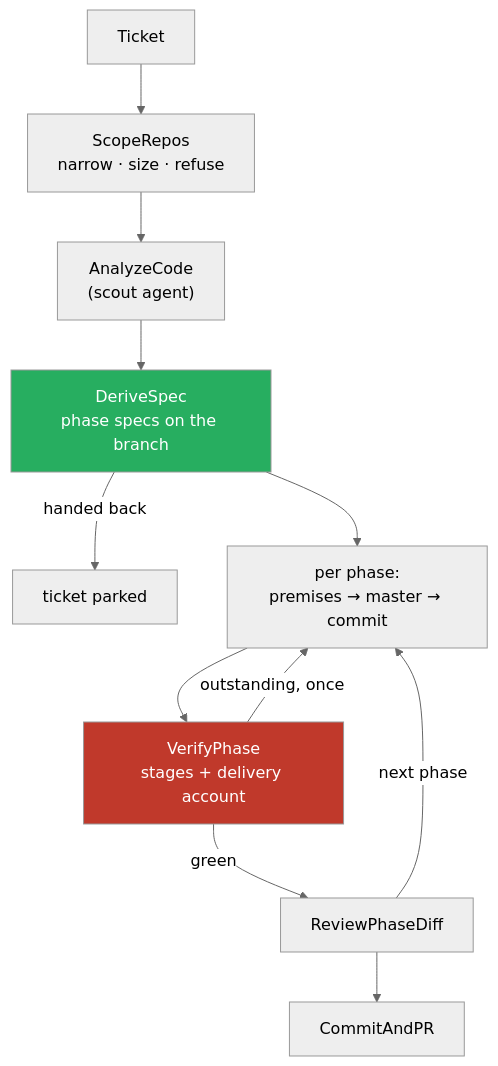
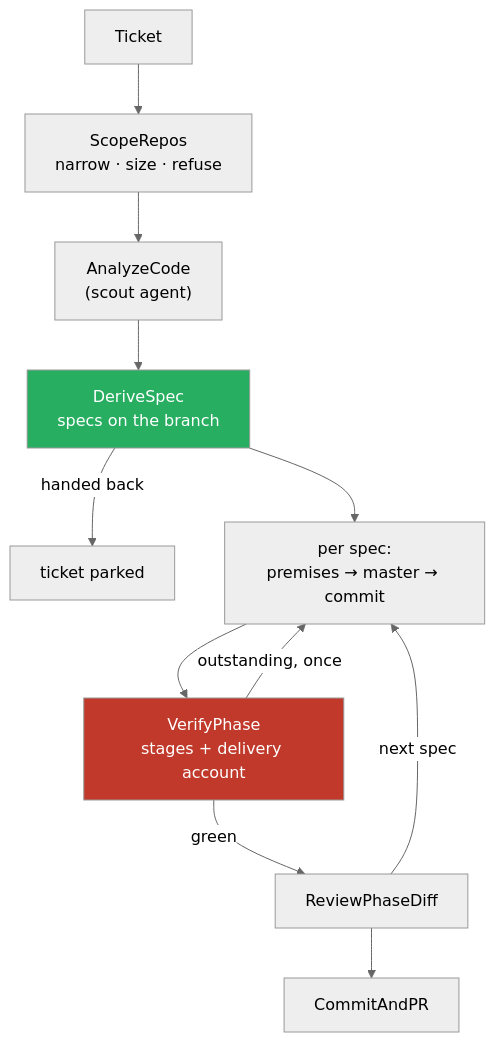
Before and after one commit to holgerleichsenring/agent-smith: the diagram in docs/reference/pipelines/fix-and-feature.md, drawn with Mermaid (neutral theme). The commit also changed other lines of this file and 82 other files, not shown here.

First line of the commit message:
feat: repository instructions, docs and the commit gate say spec; the old gate path forwards (2026-10-12-967af)

````diff
--- a/docs/reference/pipelines/fix-and-feature.md
+++ b/docs/reference/pipelines/fix-and-feature.md
@@ -49,16 +49,16 @@
 ```mermaid
 graph TD
     Ticket --> Scope["ScopeRepos<br/>narrow · size · refuse"]
     Scope --> Analyze["AnalyzeCode<br/>(scout agent)"]
-    Analyze --> Derive["DeriveSpec<br/>phase specs on the branch"]
+    Analyze --> Derive["DeriveSpec<br/>specs on the branch"]
     Derive -->|handed back| Park[ticket parked]
-    Derive --> Phase["per phase:<br/>premises → master → commit"]
-    Phase --> Verify["VerifyPhase<br/>stages + delivery account"]
-    Verify -->|outstanding, once| Phase
+    Derive --> Spec["per spec:<br/>premises → master → commit"]
+    Spec --> Verify["VerifyPhase<br/>stages + delivery account"]
+    Verify -->|outstanding, once| Spec
     Verify -->|green| Review[ReviewPhaseDiff]
-    Review -->|next phase| Phase
+    Review -->|next spec| Spec
     Review --> PR[CommitAndPR]
 
     style Derive fill:#27ae60,color:#fff
     style Verify fill:#c0392b,color:#fff
 ```
````
